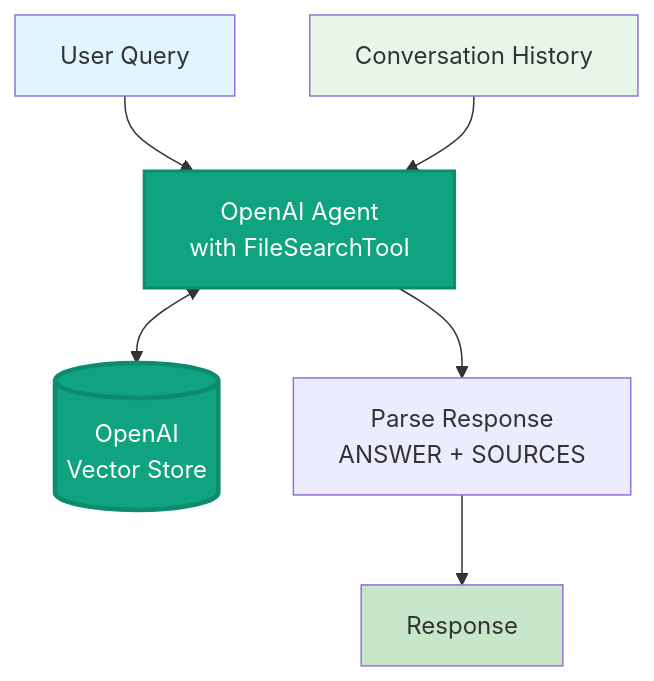
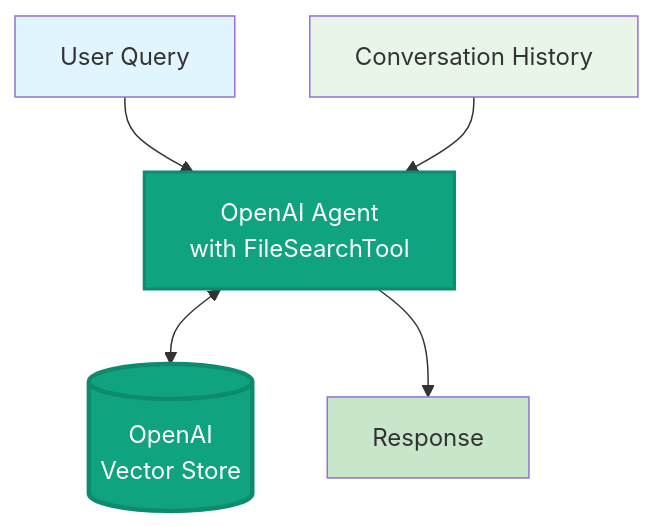
The diagram in SPECS/diagrams/openai-agent-diagram.md (techybolek/child), drawn with Mermaid before and after one commit. The commit also changed 2 other files, not shown here.

Commit message:
chore: simplify agent diagrams and update gitignore
🤖 Generated with [Claude Code](https://claude.com/claude-code)

````diff
--- a/SPECS/diagrams/openai-agent-diagram.md
+++ b/SPECS/diagrams/openai-agent-diagram.md
@@ -3,18 +3,16 @@
 ```mermaid
 flowchart TD
     A[User Query] --> B[OpenAI Agent<br/>with FileSearchTool]
 
     B <--> VS[(OpenAI<br/>Vector Store)]
 
-    B --> C[Parse Response<br/>ANSWER + SOURCES]
-
-    C --> Z[Response]
+    B --> Z[Response]
 
     HIST[Conversation History] --> B
 
     style A fill:#e1f5fe
     style Z fill:#c8e6c9
     style VS fill:#10a37f,stroke:#0d8c6d,stroke-width:3px,color:#fff
     style B fill:#10a37f,stroke:#0d8c6d,stroke-width:2px,color:#fff
     style HIST fill:#e8f5e9
 ```
````
